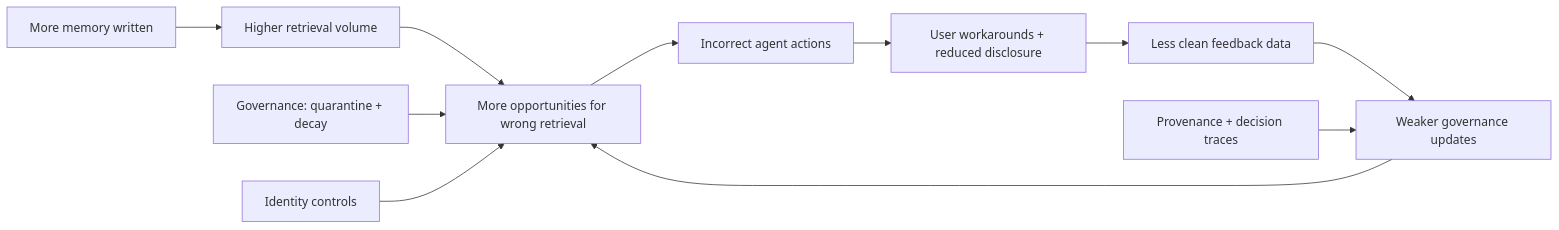
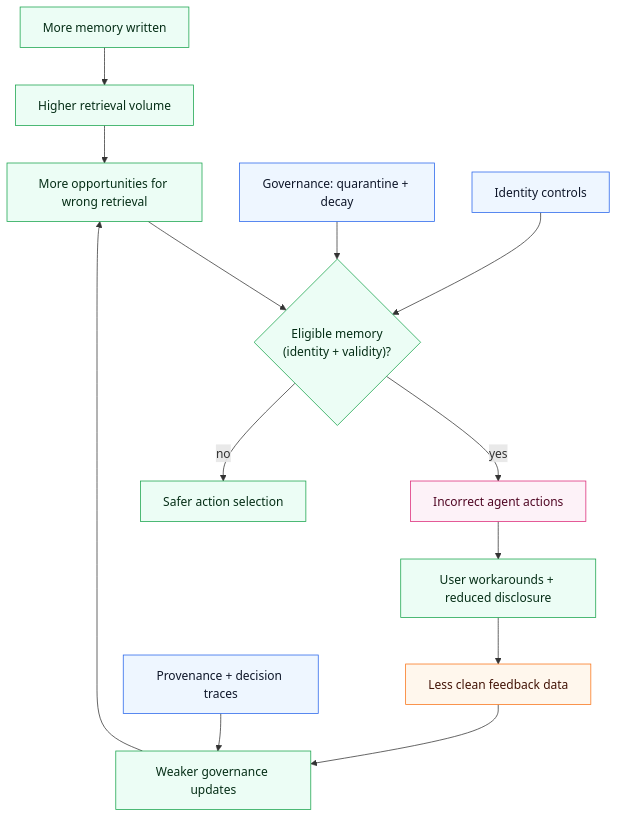
One commit to 5Reasons/5reasons.github.io changed the second of 3 diagrams in docs/blog/posts/memory-needs-identity-governance-and-decay.md. Above: the diagram before and after it, drawn with Mermaid. The commit also changed other lines of this file and 14 other files, not shown here.

First line of the commit message:
Refactor diagrams and improve clarity in blog posts and case studies

````diff
--- a/docs/blog/posts/memory-needs-identity-governance-and-decay.md
+++ b/docs/blog/posts/memory-needs-identity-governance-and-decay.md
@@ -106,14 +143,28 @@
 ```mermaid
-graph LR;
-  A["More memory written"] --> B["Higher retrieval volume"];
-  B --> C["More opportunities for wrong retrieval"];
-  C --> D["Incorrect agent actions"];
-  D --> E["User workarounds + reduced disclosure"];
-  E --> F["Less clean feedback data"];
-  F --> G["Weaker governance updates"];
-  G --> C;
+flowchart TB
+  %% Process loop
+  A["More memory written"]:::p --> B["Higher retrieval volume"]:::p
+  B --> C["More opportunities for wrong retrieval"]:::p
 
-  H["Governance: quarantine + decay"] --> C;
-  I["Identity controls"] --> C;
-  J["Provenance + decision traces"] --> G;
+  G1{"Eligible memory<br>(identity + validity)?"}:::p
+  C --> G1
+
+  G1 -- yes --> D["Incorrect agent actions"]:::o
+  G1 -- no --> P1["Safer action selection"]:::p
+
+  D --> E["User workarounds + reduced disclosure"]:::p
+  E --> F["Less clean feedback data"]:::r
+  F --> G["Weaker governance updates"]:::p
+  G --> C
+
+  %% Levers / controls
+  H["Governance: quarantine + decay"]:::i --> G1
+  I["Identity controls"]:::i --> G1
+  J["Provenance + decision traces"]:::i --> G
+
+  %% brModel styles
+  classDef i fill:#eef6ff,stroke:#2563eb,stroke-width:1px,color:#0f172a;
+  classDef p fill:#ecfdf5,stroke:#16a34a,stroke-width:1px,color:#052e16;
+  classDef r fill:#fff7ed,stroke:#f97316,stroke-width:1px,color:#431407;
+  classDef o fill:#fdf2f8,stroke:#db2777,stroke-width:1px,color:#500724;
 ```
````
